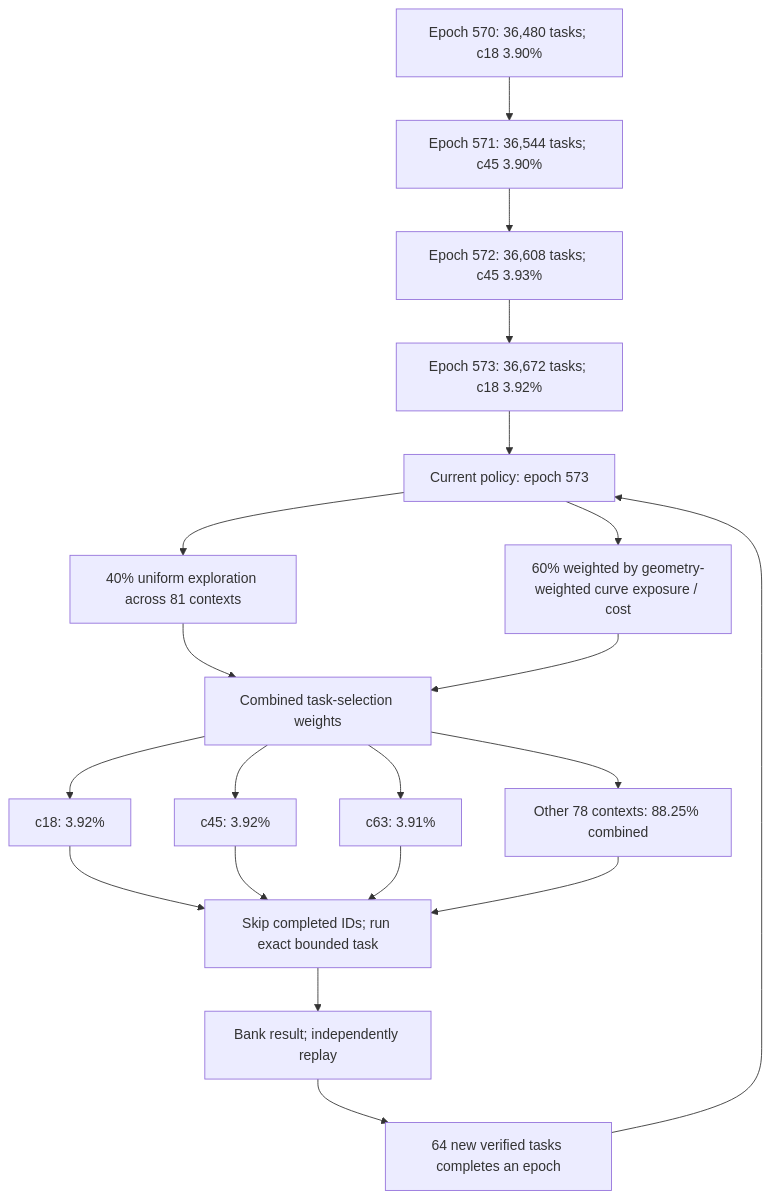
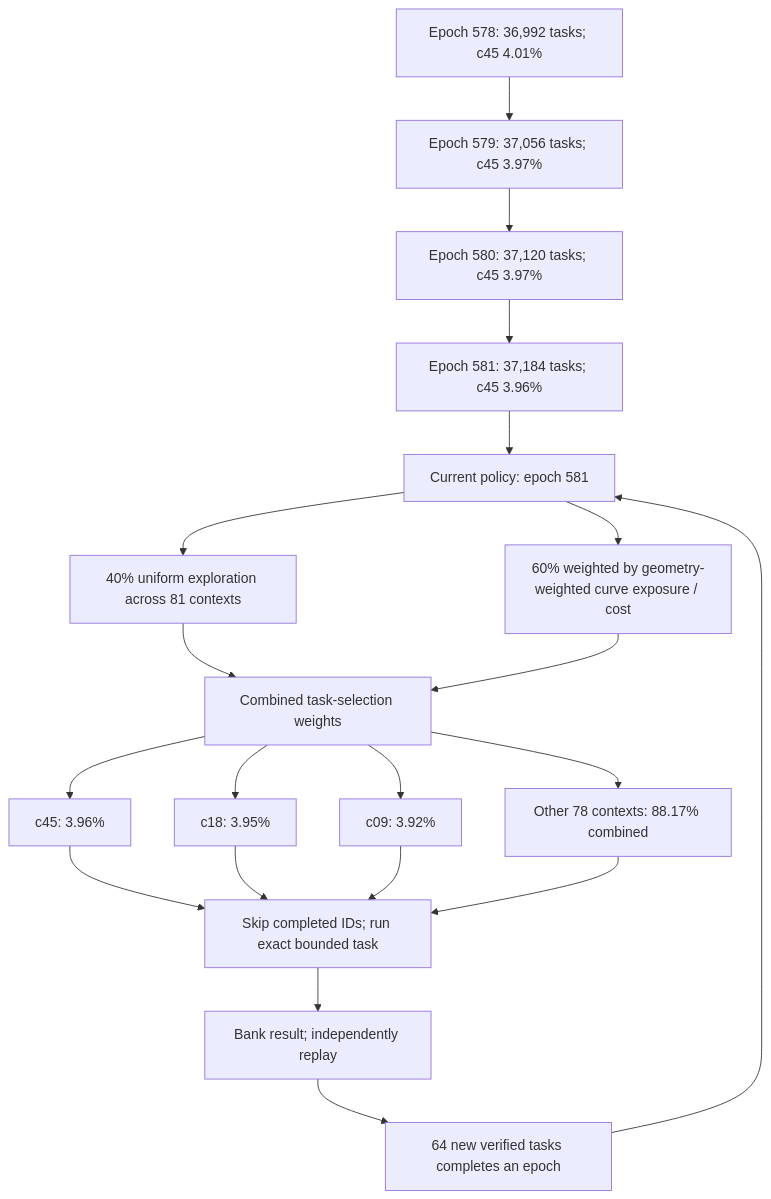
The first of 3 diagrams in README.md (Kuberwastaken/math-gambling), drawn with Mermaid before and after one commit. The commit also changed other lines of this file and 1143 other files, not shown here.

````diff
--- a/README.md
+++ b/README.md
@@ -55,27 +55,27 @@
 ```mermaid
 flowchart TD
-    H0["Epoch 570: 36,480 tasks; c18 3.90%"]
-    H1["Epoch 571: 36,544 tasks; c45 3.90%"]
+    H0["Epoch 578: 36,992 tasks; c45 4.01%"]
+    H1["Epoch 579: 37,056 tasks; c45 3.97%"]
     H0 --> H1
-    H2["Epoch 572: 36,608 tasks; c45 3.93%"]
+    H2["Epoch 580: 37,120 tasks; c45 3.97%"]
     H1 --> H2
-    H3["Epoch 573: 36,672 tasks; c18 3.92%"]
+    H3["Epoch 581: 37,184 tasks; c45 3.96%"]
     H2 --> H3
-    Policy["Current policy: epoch 573"]
+    Policy["Current policy: epoch 581"]
     H3 --> Policy
     Policy --> Explore["40% uniform exploration across 81 contexts"]
     Policy --> Cost["60% weighted by geometry-weighted curve exposure / cost"]
     Explore --> Mix["Combined task-selection weights"]
     Cost --> Mix
-    Mix --> C0["c18: 3.92%"]
-    Mix --> C1["c45: 3.92%"]
-    Mix --> C2["c63: 3.91%"]
-    Mix --> Rest["Other 78 contexts: 88.25% combined"]
+    Mix --> C0["c45: 3.96%"]
+    Mix --> C1["c18: 3.95%"]
+    Mix --> C2["c09: 3.92%"]
+    Mix --> Rest["Other 78 contexts: 88.17% combined"]
     C0 --> Check["Skip completed IDs; run exact bounded task"]
     C1 --> Check
     C2 --> Check
     Rest --> Check
     Check --> Replay["Bank result; independently replay"]
     Replay --> Gate["64 new verified tasks completes an epoch"]
     Gate --> Policy
 ```
````
